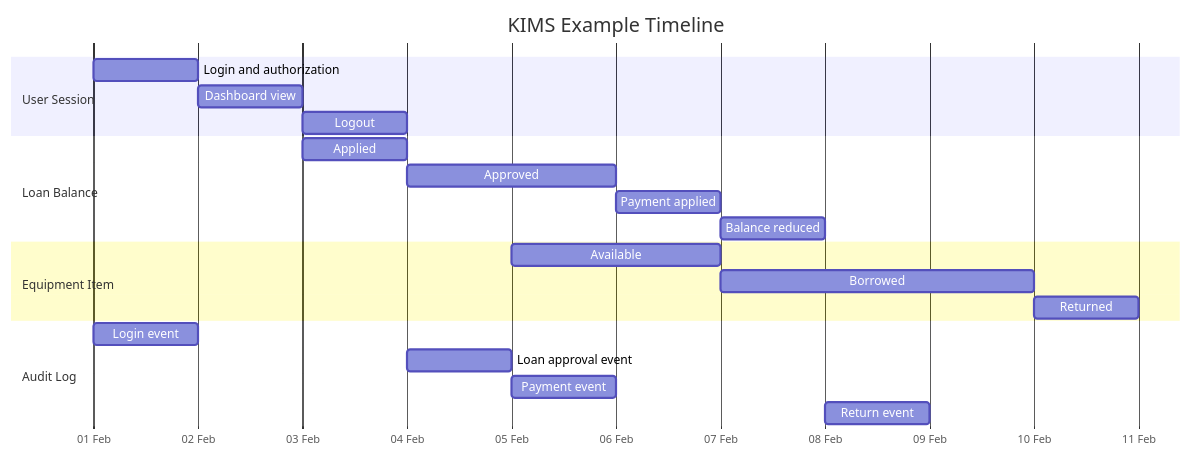
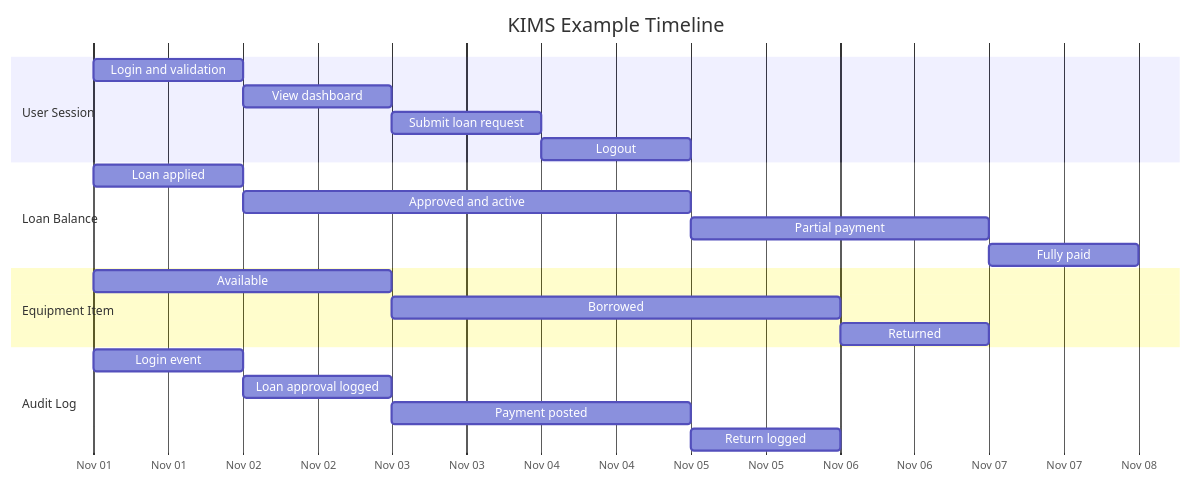
One commit to Bonuel12142005/KAMBACDIAGRAM changed diagram 15 of 16 in README.md. Above: the diagram before and after it, drawn with Mermaid. The commit also changed other lines of this file, not shown here.

Commit message:
Overwrite README.md with the full 16-diagram KIMS proposal summary

````diff
--- a/README.md
+++ b/README.md
@@ -660,28 +557,29 @@
 ```mermaid
 gantt
     title KIMS Example Timeline
     dateFormat  YYYY-MM-DD
-    axisFormat %d %b
+    axisFormat %b %d
 
     section User Session
-    Login and authorization      :a1, 2026-02-01, 1d
-    Dashboard view               :a2, after a1, 1d
-    Logout                       :a3, after a2, 1d
+    Login and validation      :a1, 2026-11-01, 1d
+    View dashboard            :a2, after a1, 1d
+    Submit loan request       :a3, after a2, 1d
+    Logout                    :a4, after a3, 1d
 
     section Loan Balance
-    Applied                      :b1, 2026-02-03, 1d
-    Approved                     :b2, after b1, 2d
-    Payment applied              :b3, after b2, 1d
-    Balance reduced              :b4, after b3, 1d
+    Loan applied              :b1, 2026-11-01, 1d
+    Approved and active       :b2, after b1, 3d
+    Partial payment           :b3, after b2, 2d
+    Fully paid                :b4, after b3, 1d
 
     section Equipment Item
-    Available                   :c1, 2026-02-05, 2d
-    Borrowed                    :c2, after c1, 3d
-    Returned                    :c3, after c2, 1d
+    Available                 :c1, 2026-11-01, 2d
+    Borrowed                 :c2, after c1, 3d
+    Returned                 :c3, after c2, 1d
 
     section Audit Log
-    Login event                 :d1, 2026-02-01, 1d
-    Loan approval event         :d2, 2026-02-04, 1d
-    Payment event               :d3, 2026-02-05, 1d
-    Return event                :d4, 2026-02-08, 1d
+    Login event               :d1, 2026-11-01, 1d
+    Loan approval logged      :d2, after d1, 1d
+    Payment posted            :d3, after d2, 2d
+    Return logged             :d4, after d3, 1d
 ```
````
